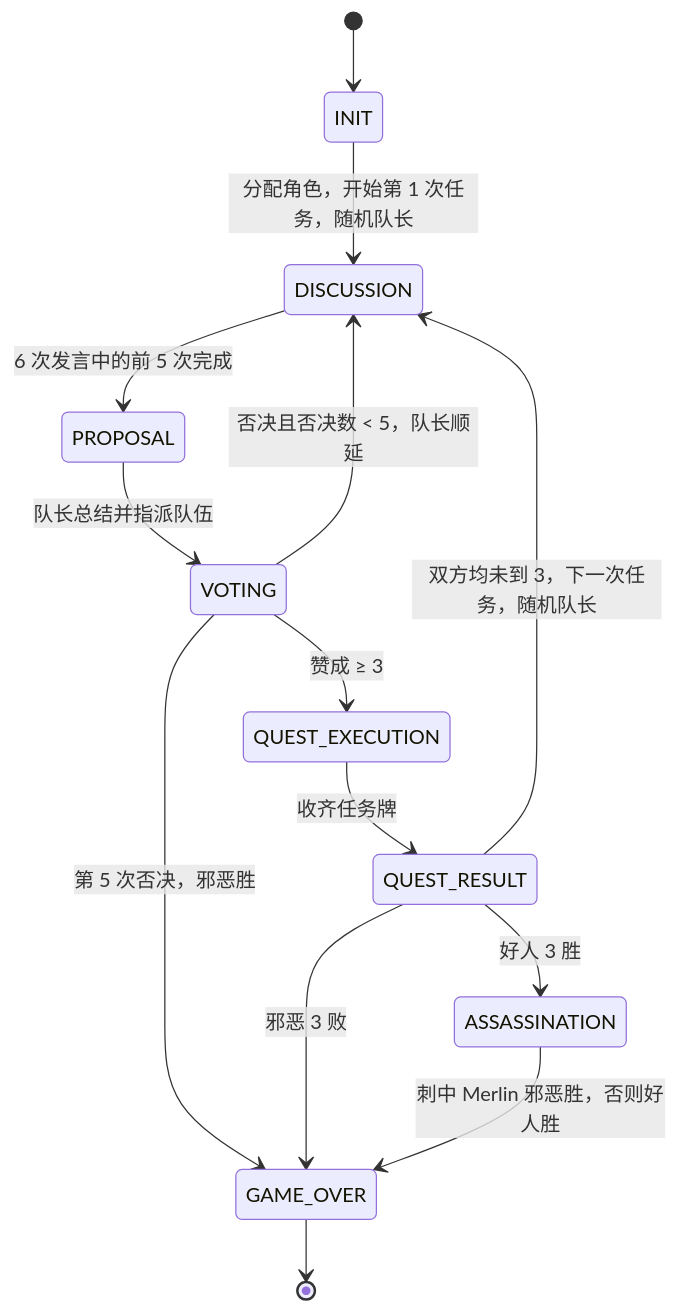
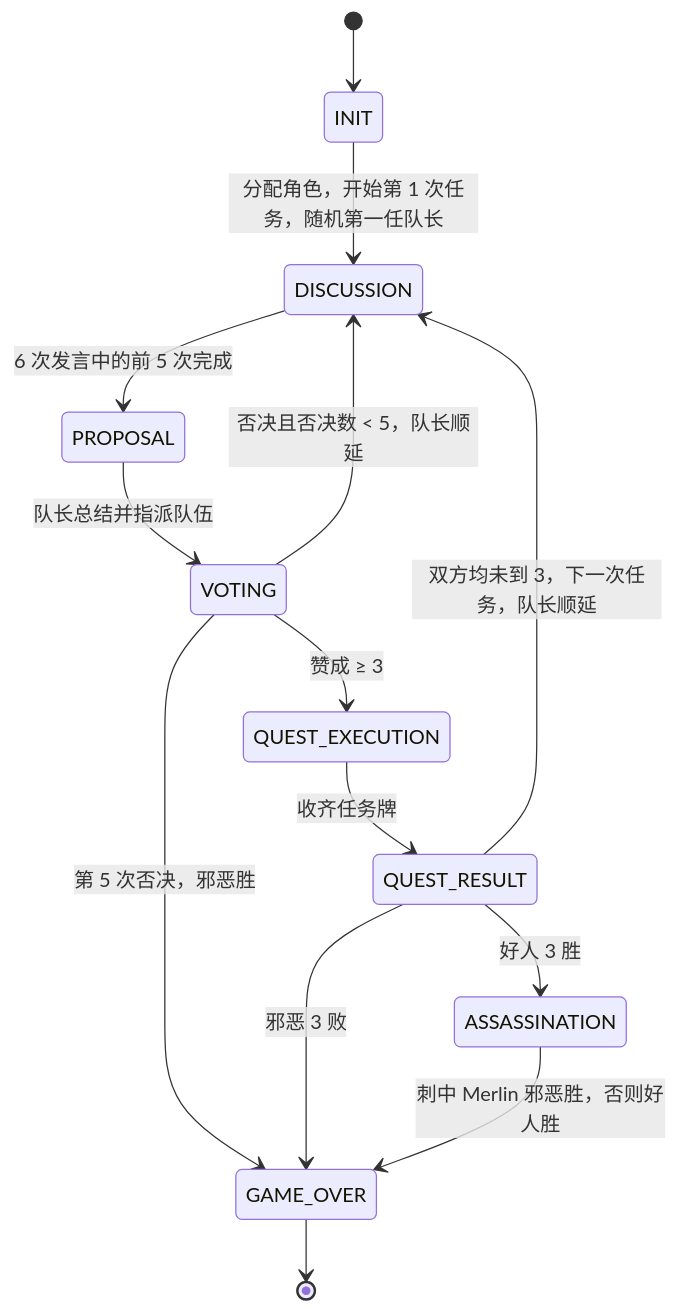
The third of 3 diagrams in docs/architecture.md (Fomalhaut647/Avalon), drawn with Mermaid before and after one commit. The commit also changed other lines of this file and 11 other files, not shown here.

````diff
--- a/docs/architecture.md
+++ b/docs/architecture.md
@@ -105,16 +105,16 @@
 ```mermaid
 stateDiagram-v2
     [*] --> INIT
-    INIT --> DISCUSSION: 分配角色，开始第 1 次任务，随机队长
+    INIT --> DISCUSSION: 分配角色，开始第 1 次任务，随机第一任队长
     DISCUSSION --> PROPOSAL: 6 次发言中的前 5 次完成
     PROPOSAL --> VOTING: 队长总结并指派队伍
     VOTING --> QUEST_EXECUTION: 赞成 ≥ 3
     VOTING --> DISCUSSION: 否决且否决数 < 5，队长顺延
     VOTING --> GAME_OVER: 第 5 次否决，邪恶胜
     QUEST_EXECUTION --> QUEST_RESULT: 收齐任务牌
-    QUEST_RESULT --> DISCUSSION: 双方均未到 3，下一次任务，随机队长
+    QUEST_RESULT --> DISCUSSION: 双方均未到 3，下一次任务，队长顺延
     QUEST_RESULT --> ASSASSINATION: 好人 3 胜
     QUEST_RESULT --> GAME_OVER: 邪恶 3 败
     ASSASSINATION --> GAME_OVER: 刺中 Merlin 邪恶胜，否则好人胜
     GAME_OVER --> [*]
 ```
````
